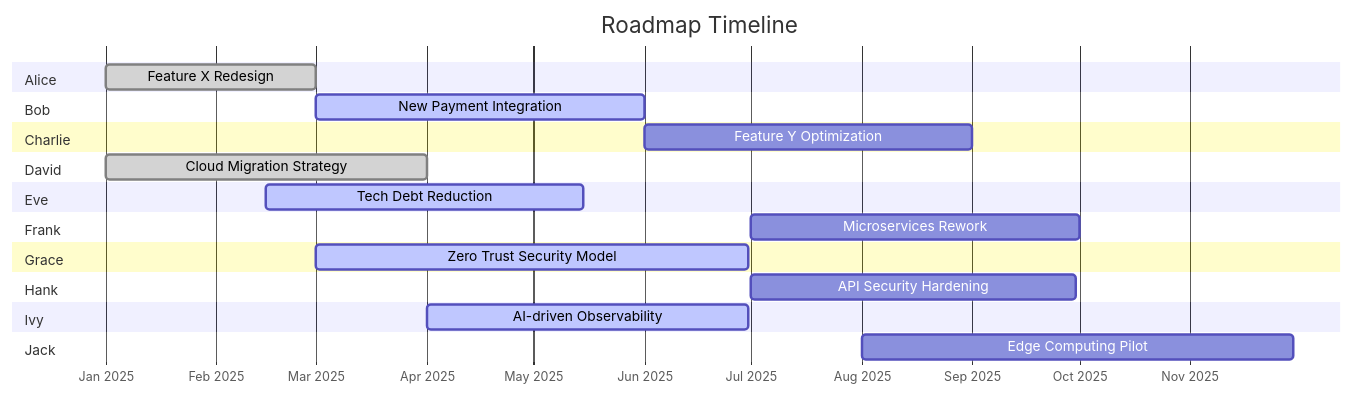
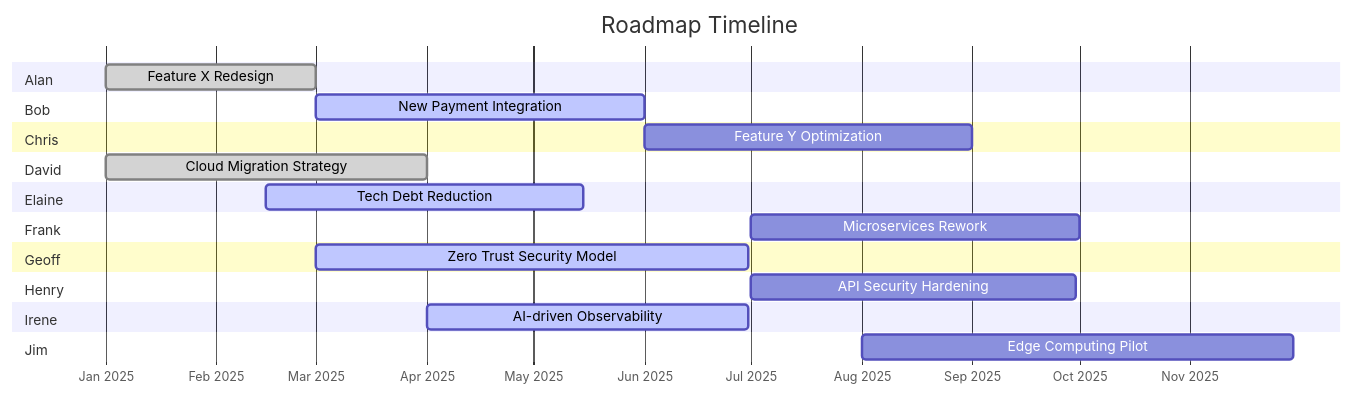
One commit to davidroche7/architecure-roadmap changed the diagram in README.md. Above: the diagram before and after it, drawn with Mermaid.

````diff
--- a/README.md
+++ b/README.md
@@ -4,36 +4,36 @@
 ```mermaid
 gantt
     title Roadmap Timeline
     dateFormat  YYYY-MM-DD
     axisFormat  %b %Y
     
-    section Alice
+    section Alan
     Feature X Redesign         :done,    2025-01-01, 2025-03-01
 
     section Bob
     New Payment Integration    :active,  2025-03-01, 2025-06-01
 
-    section Charlie
+    section Chris
     Feature Y Optimization     :planned, 2025-06-01, 2025-09-01
 
     section David
     Cloud Migration Strategy   :done,    2025-01-01, 2025-04-01
 
-    section Eve
+    section Elaine
     Tech Debt Reduction        :active,  2025-02-15, 2025-05-15
 
     section Frank
     Microservices Rework       :planned, 2025-07-01, 2025-10-01
 
-    section Grace
+    section Geoff
     Zero Trust Security Model  :active,  2025-03-01, 2025-06-30
 
-    section Hank
+    section Henry
     API Security Hardening     :planned, 2025-07-01, 2025-09-30
 
-    section Ivy
+    section Irene
     AI-driven Observability    :active,  2025-04-01, 2025-06-30
 
-    section Jack
+    section Jim
     Edge Computing Pilot       :planned, 2025-08-01, 2025-11-30
 ```
````
